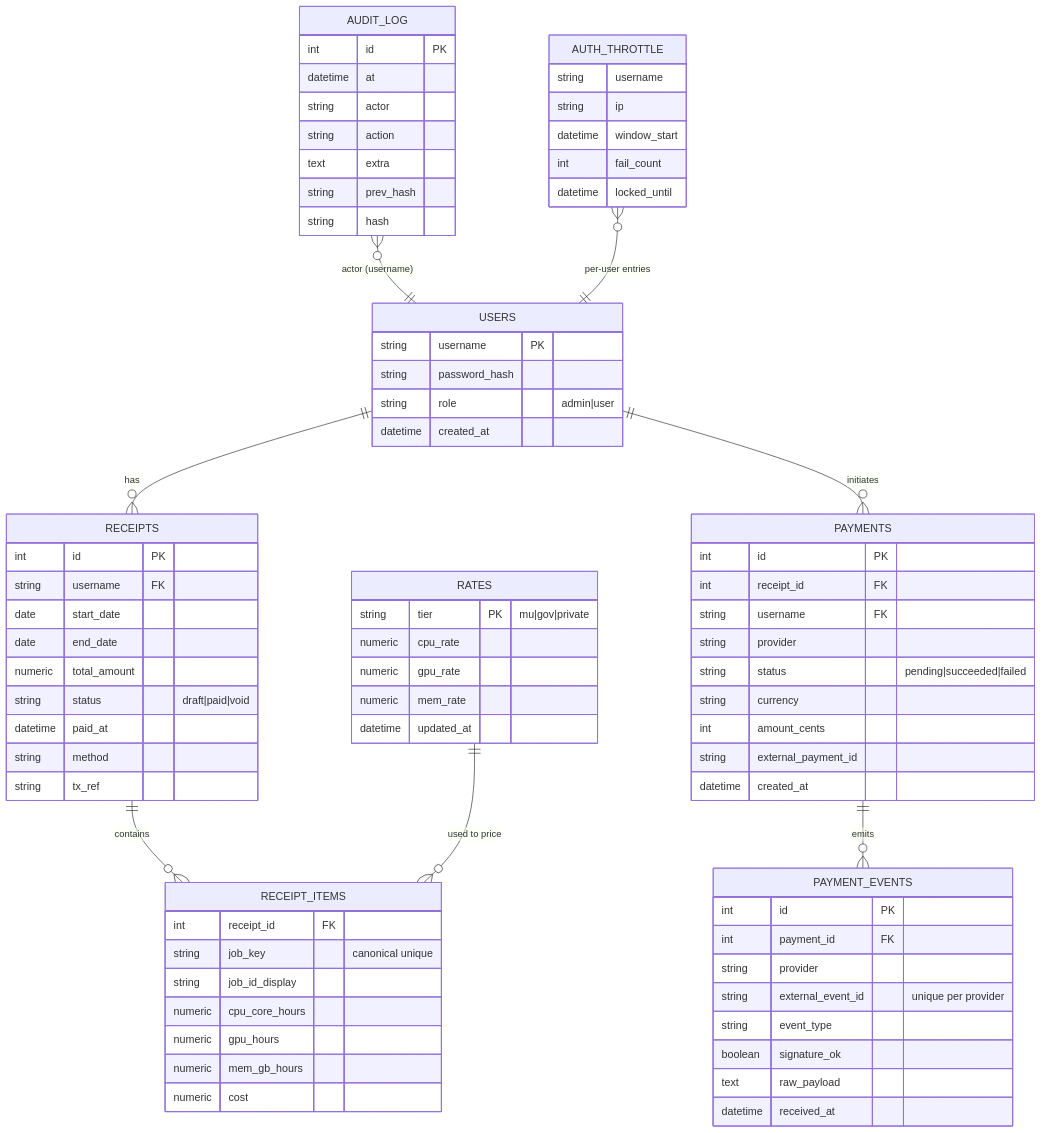
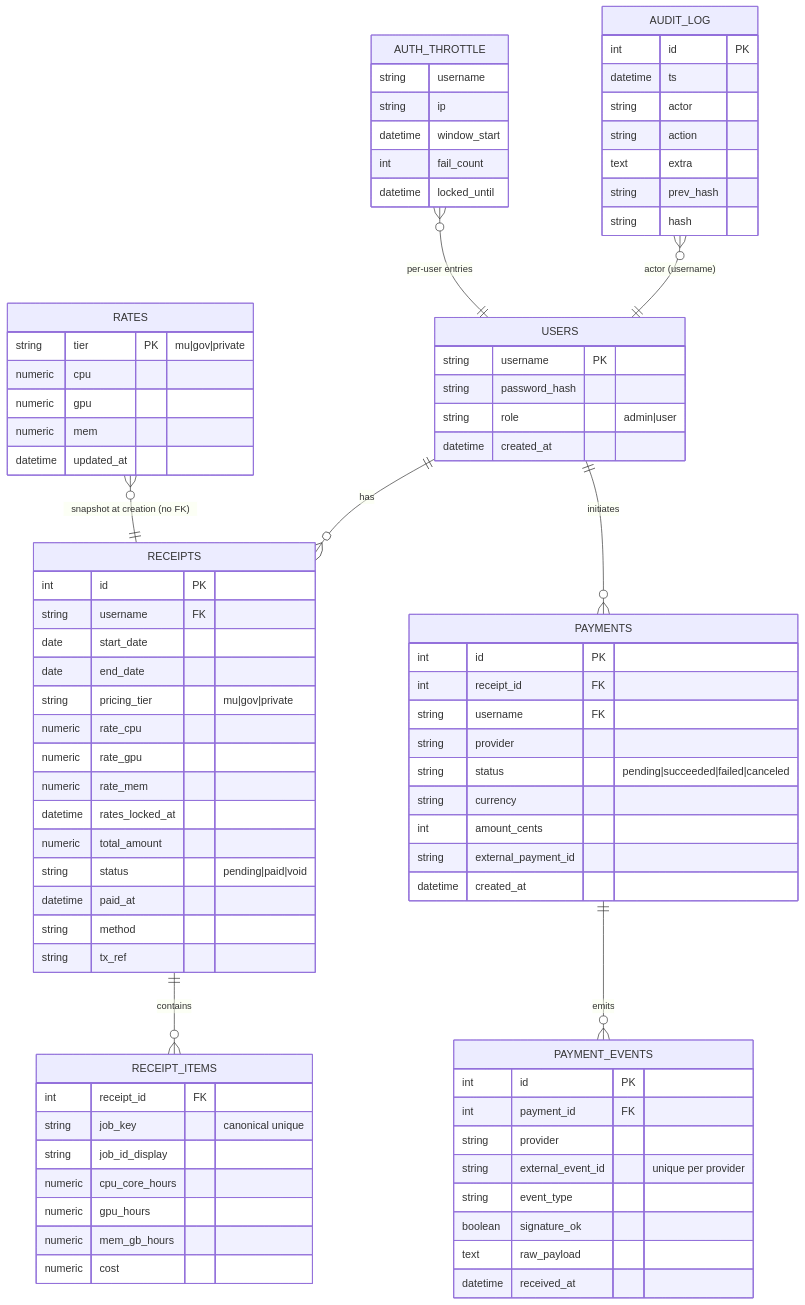
One commit to Purinat33/hpc_flask changed the fifth of 9 diagrams in docs/02-architecture.md. Above: the diagram before and after it, drawn with Mermaid. The commit also changed other lines of this file, not shown here.

```diff
--- a/docs/02-architecture.md
+++ b/docs/02-architecture.md
@@ -170,7 +170,7 @@
   USERS ||--o{ PAYMENTS : "initiates"
   RECEIPTS ||--o{ RECEIPT_ITEMS : "contains"
   PAYMENTS ||--o{ PAYMENT_EVENTS : "emits"
-  RATES ||--o{ RECEIPT_ITEMS : "used to price"
+  RATES }o--|| RECEIPTS : "snapshot at creation (no FK)"
   AUDIT_LOG }o--|| USERS : "actor (username)"
   AUTH_THROTTLE }o--|| USERS : "per-user entries"
 
@@ -183,9 +183,9 @@
 
   RATES {
     string tier PK "mu|gov|private"
-    numeric cpu_rate
-    numeric gpu_rate
-    numeric mem_rate
+    numeric cpu
+    numeric gpu
+    numeric mem
     datetime updated_at
   }
 
@@ -194,8 +194,15 @@
     string username FK
     date start_date
     date end_date
+
+    string pricing_tier "mu|gov|private"
+    numeric rate_cpu
+    numeric rate_gpu
+    numeric rate_mem
+    datetime rates_locked_at
+
     numeric total_amount
-    string status "draft|paid|void"
+    string status "pending|paid|void"
     datetime paid_at
     string method
     string tx_ref
@@ -216,7 +223,7 @@
     int receipt_id FK
     string username FK
     string provider
-    string status "pending|succeeded|failed"
+    string status "pending|succeeded|failed|canceled"
     string currency
     int amount_cents
     string external_payment_id
@@ -244,7 +251,7 @@
 
   AUDIT_LOG {
     int id PK
-    datetime at
+    datetime ts
     string actor
     string action
     text extra
```
